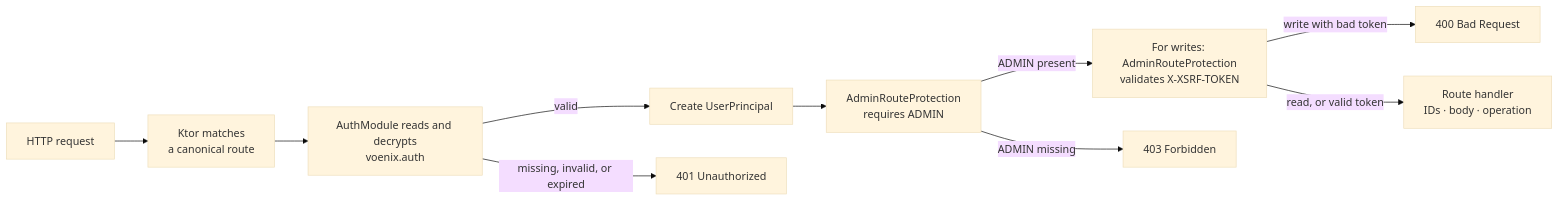
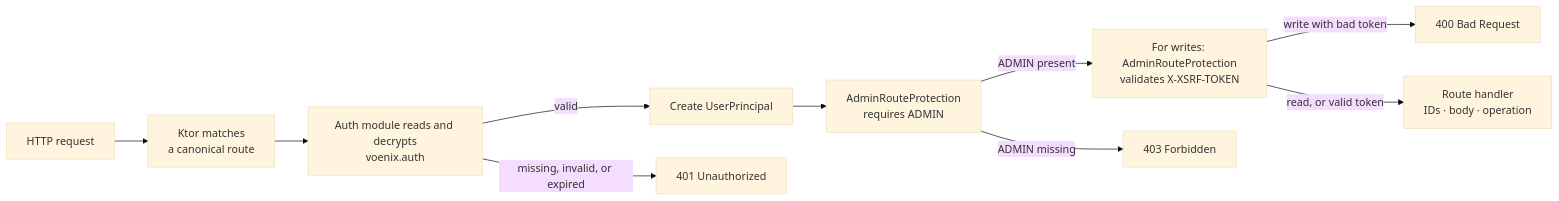
One commit to bitstorm-tech/voenix-shop-kotlin changed the diagram in docs/dev/backend/authentication-and-authorization.md. Above: the diagram before and after it, drawn with Mermaid (base theme). The commit also changed other lines of this file and 94 other files, not shown here.

````diff
--- a/docs/dev/backend/authentication-and-authorization.md
+++ b/docs/dev/backend/authentication-and-authorization.md
@@ -48,20 +48,20 @@
 ```mermaid
 flowchart LR
     Request["HTTP request"]
     Match["Ktor matches<br/>a canonical route"]
-    Cookie["AuthModule reads and decrypts<br/>voenix.auth"]
+    Cookie["Auth module reads and decrypts<br/>voenix.auth"]
     Principal["Create UserPrincipal"]
     Role["AdminRouteProtection<br/>requires ADMIN"]
     Csrf["For writes: AdminRouteProtection<br/>validates X-XSRF-TOKEN"]
     Handler["Route handler<br/>IDs · body · operation"]
 
     Request --> Match
     Match --> Cookie
     Cookie -->|"missing, invalid, or expired"| Unauthorized["401 Unauthorized"]
     Cookie -->|"valid"| Principal
     Principal --> Role
     Role -->|"ADMIN missing"| Forbidden["403 Forbidden"]
     Role -->|"ADMIN present"| Csrf
     Csrf -->|"write with bad token"| BadRequest["400 Bad Request"]
     Csrf -->|"read, or valid token"| Handler
 ```
````
